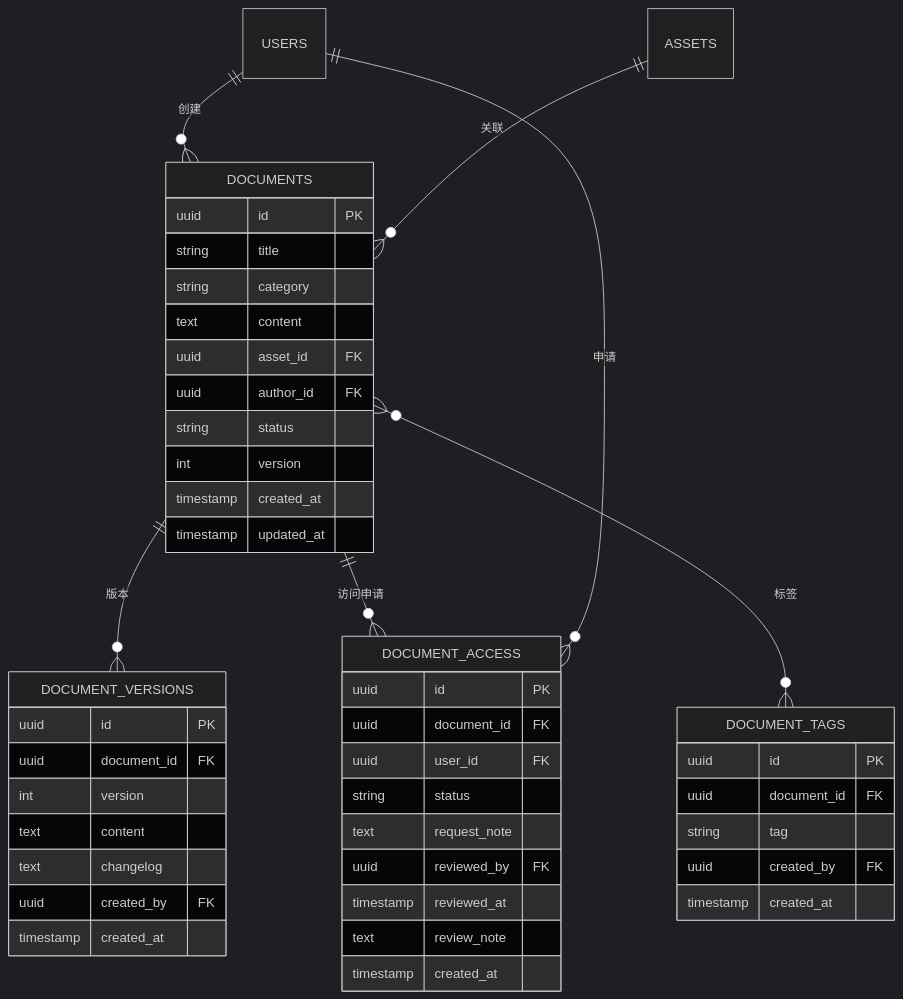
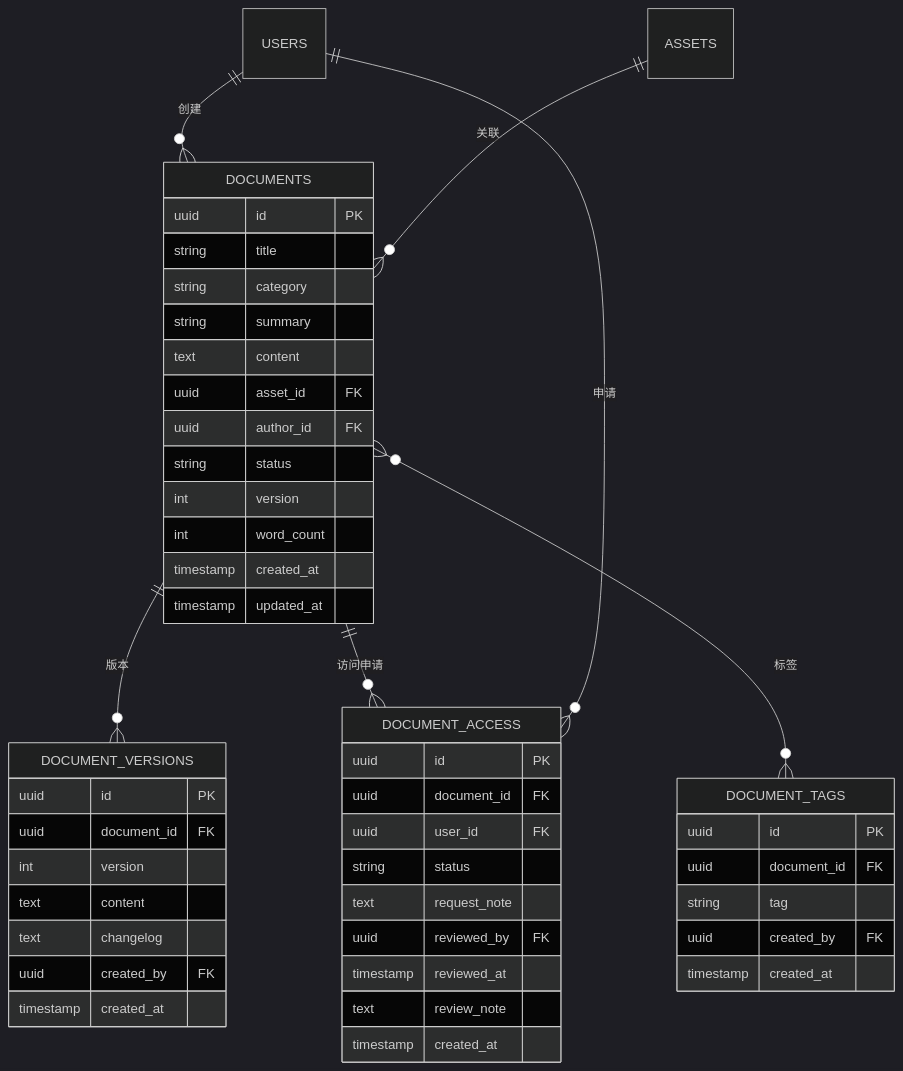
The fourth of 12 diagrams in docs/design/er_diagram.md (dayutech/Vuln-Audit-Lifecycle-Management), drawn with Mermaid (dark theme) before and after one commit. The commit also changed other lines of this file and 206 other files, not shown here.

````diff
--- a/docs/design/er_diagram.md
+++ b/docs/design/er_diagram.md
@@ -303,52 +329,54 @@
 ```mermaid
 erDiagram
     USERS ||--o{ DOCUMENTS : "创建"
     ASSETS ||--o{ DOCUMENTS : "关联"
     DOCUMENTS ||--o{ DOCUMENT_VERSIONS : "版本"
     DOCUMENTS ||--o{ DOCUMENT_ACCESS : "访问申请"
     DOCUMENTS }o--o{ DOCUMENT_TAGS : "标签"
     USERS ||--o{ DOCUMENT_ACCESS : "申请"
     
     DOCUMENTS {
         uuid id PK
         string title
         string category
+        string summary
         text content
         uuid asset_id FK
         uuid author_id FK
         string status
         int version
+        int word_count
         timestamp created_at
         timestamp updated_at
     }
     
     DOCUMENT_VERSIONS {
         uuid id PK
         uuid document_id FK
         int version
         text content
         text changelog
         uuid created_by FK
         timestamp created_at
     }
     
     DOCUMENT_ACCESS {
         uuid id PK
         uuid document_id FK
         uuid user_id FK
         string status
         text request_note
         uuid reviewed_by FK
         timestamp reviewed_at
         text review_note
         timestamp created_at
     }
     
     DOCUMENT_TAGS {
         uuid id PK
         uuid document_id FK
         string tag
         uuid created_by FK
         timestamp created_at
     }
 ```
````
